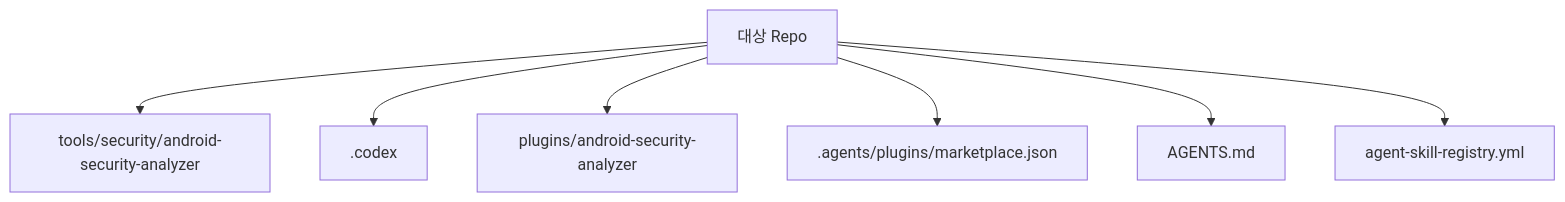
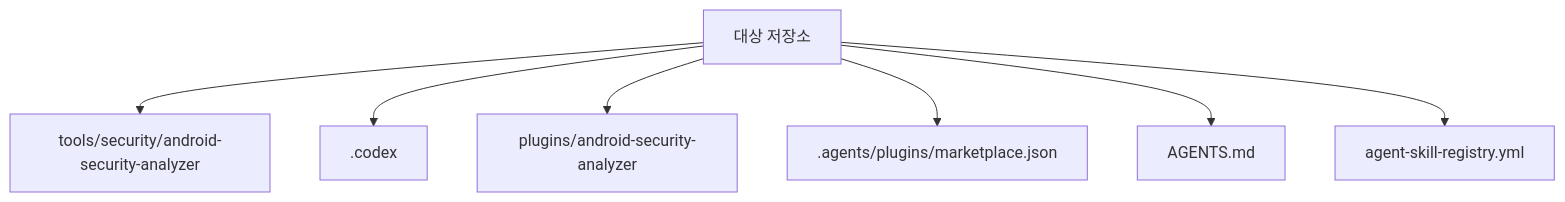
Before and after one commit to koalav/present-anyything: the sixth of 19 diagrams in content/decks/codex-deeplink-audit-guide/source.md, drawn with Mermaid. The commit also changed other lines of this file and 26 other files, not shown here.

````diff
--- a/content/decks/codex-deeplink-audit-guide/source.md
+++ b/content/decks/codex-deeplink-audit-guide/source.md
@@ -124,9 +124,9 @@
 ```mermaid
 flowchart TB
-    A[대상 Repo] --> B[tools/security/android-security-analyzer]
+    A[대상 저장소] --> B[tools/security/android-security-analyzer]
     A --> C[.codex]
     A --> D[plugins/android-security-analyzer]
     A --> E[.agents/plugins/marketplace.json]
     A --> F[AGENTS.md]
     A --> G[agent-skill-registry.yml]
 ```
````
